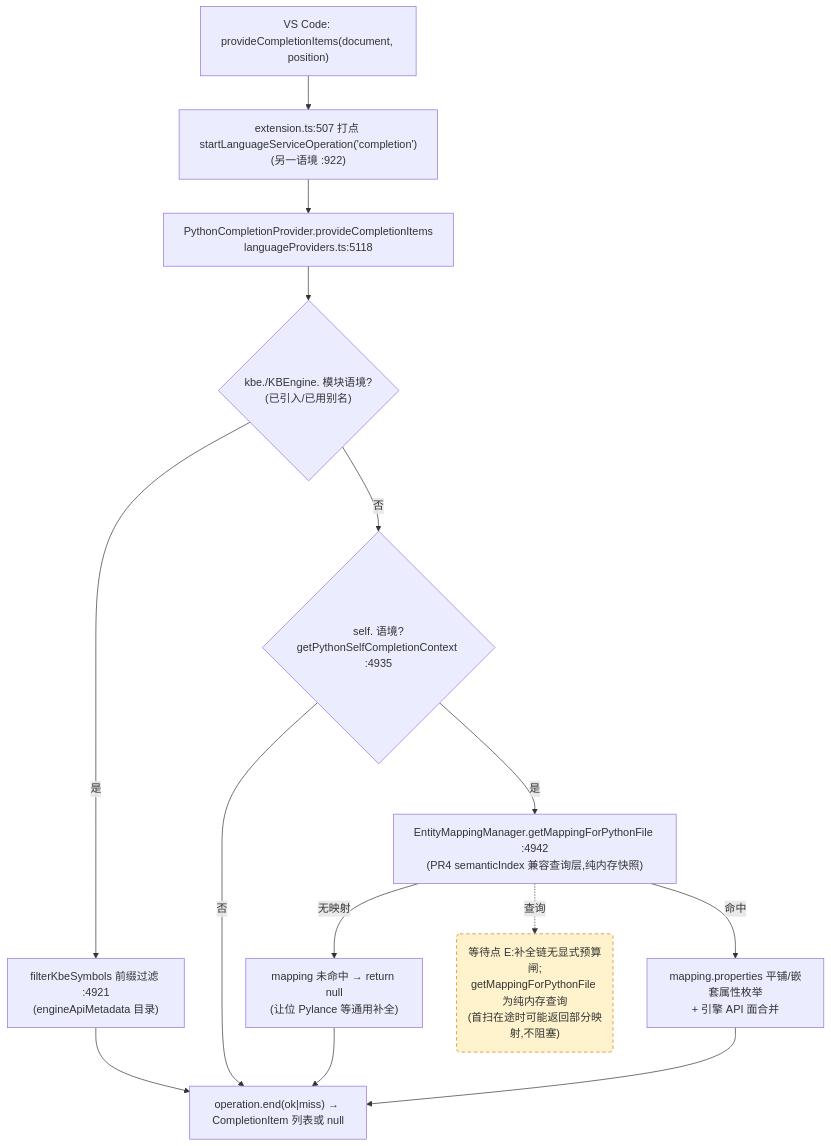
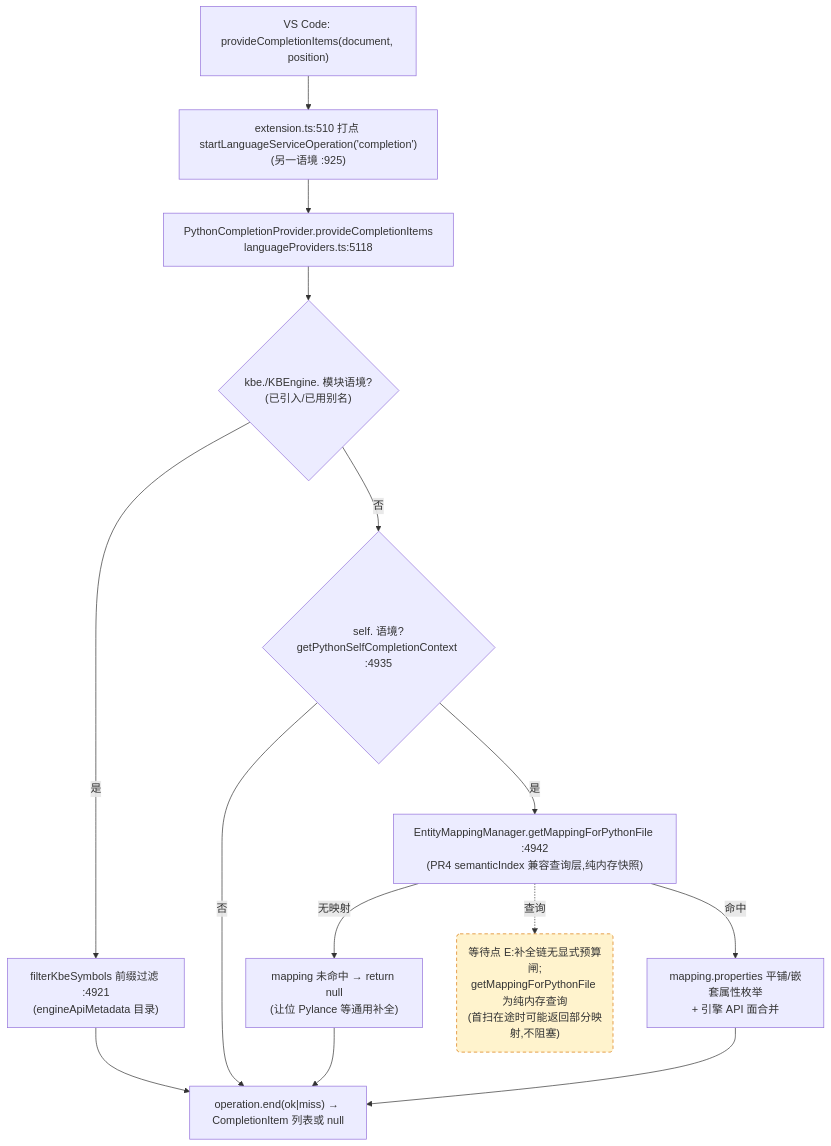
Before and after one commit to cuihairu/kode: the third of 4 diagrams in docs/perf/2026-baseline.md, drawn with Mermaid. The commit also changed other lines of this file and 4 other files, not shown here.

````diff
--- a/docs/perf/2026-baseline.md
+++ b/docs/perf/2026-baseline.md
@@ -184,27 +184,27 @@
 ```mermaid
 flowchart TD
   VC3["VS Code: provideCompletionItems(document, position)"]
-  M3["extension.ts:507 打点 startLanguageServiceOperation('completion')<br/>(另一语境 :922)"]
+  M3["extension.ts:510 打点 startLanguageServiceOperation('completion')<br/>(另一语境 :925)"]
   CP["PythonCompletionProvider.provideCompletionItems<br/>languageProviders.ts:5118"]
   KBEC{"kbe./KBEngine. 模块语境?<br/>(已引入/已用别名)"}
   FILTER["filterKbeSymbols 前缀过滤 :4921<br/>(engineApiMetadata 目录)"]
   SELFC{"self. 语境?<br/>getPythonSelfCompletionContext :4935"}
   MAP["EntityMappingManager.getMappingForPythonFile :4942<br/>(PR4 semanticIndex 兼容查询层,纯内存快照)"]
   NOMAP["mapping 未命中 → return null<br/>(让位 Pylance 等通用补全)"]
   PROPS["mapping.properties 平铺/嵌套属性枚举<br/>+ 引擎 API 面合并"]
   END3["operation.end(ok|miss) → CompletionItem 列表或 null"]
 
   VC3 --> M3 --> CP --> KBEC
   KBEC -- "是" --> FILTER --> END3
   KBEC -- "否" --> SELFC
   SELFC -- "否" --> END3
   SELFC -- "是" --> MAP
   MAP -- "无映射" --> NOMAP --> END3
   MAP -- "命中" --> PROPS --> END3
 
   WAITE("等待点 E:补全链无显式预算闸;<br/>getMappingForPythonFile 为纯内存查询<br/>(首扫在途时可能返回部分映射,不阻塞)")
   MAP -.->|查询| WAITE
 
   classDef waitPoint fill:#fff3cd,stroke:#d97706,stroke-dasharray:5 4;
   class WAITE waitPoint;
 ```
````
